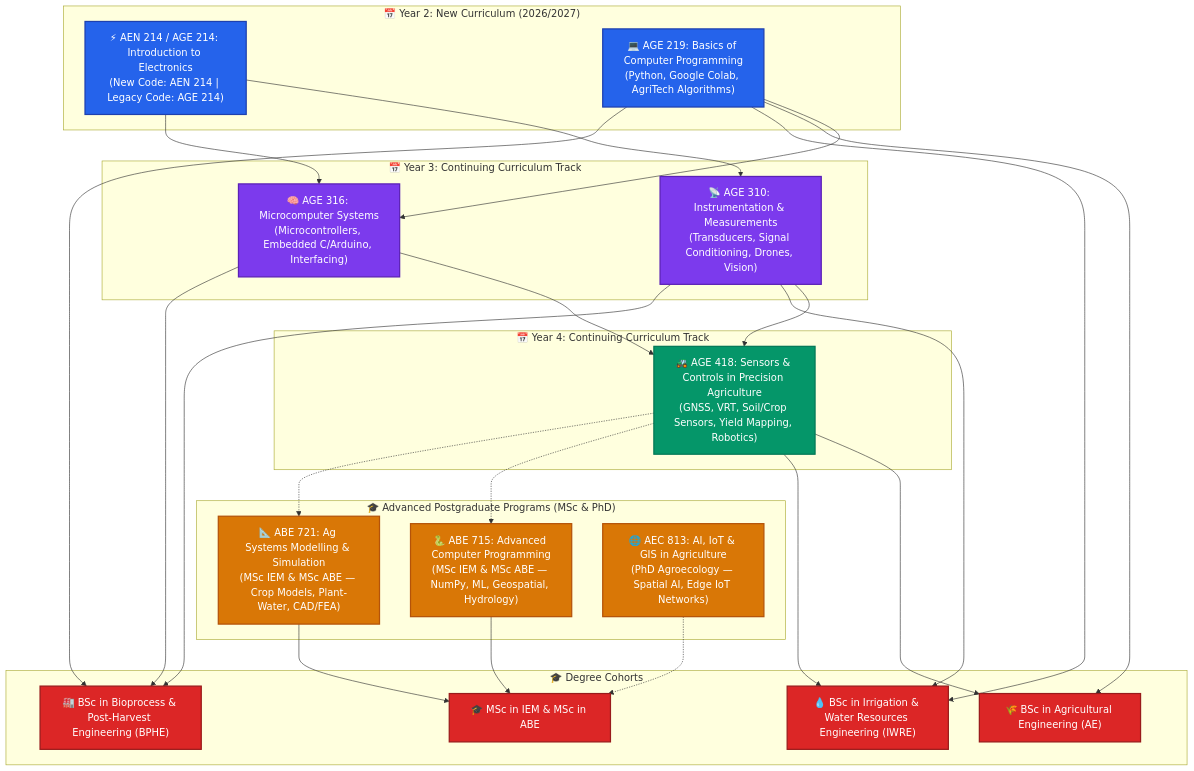
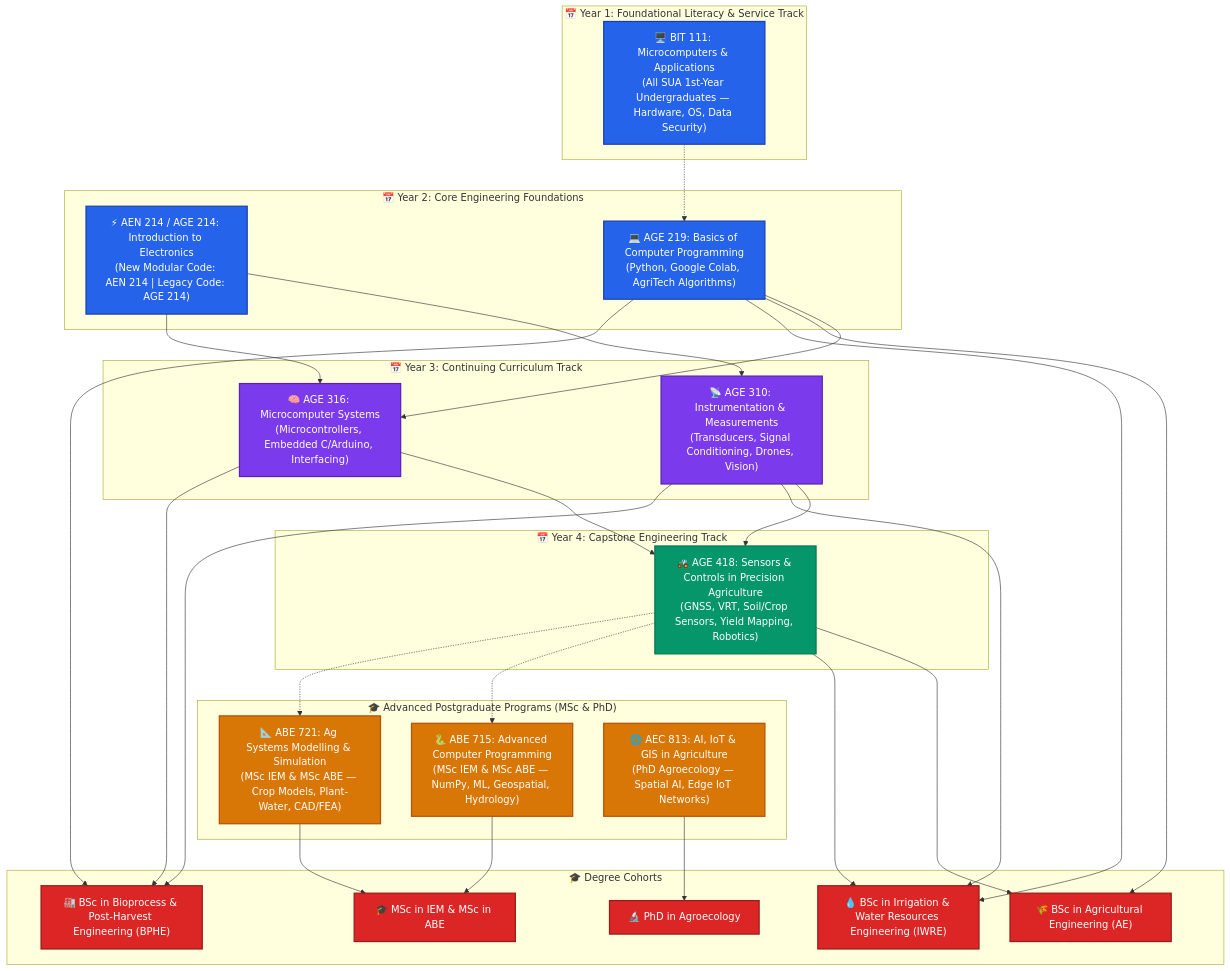
Before and after one commit to kadefue/Course_Notes: the first of 4 diagrams in README.md, drawn with Mermaid. The commit also changed other lines of this file and 1 other file, not shown here.

Commit message:
Refactor code structure for improved readability and maintainability

````diff
--- a/README.md
+++ b/README.md
@@ -40,56 +42,62 @@
 ```mermaid
 flowchart TD
     classDef foundation fill:#2563eb,stroke:#1e40af,stroke-width:2px,color:#fff;
     classDef hardware fill:#7c3aed,stroke:#5b21b6,stroke-width:2px,color:#fff;
     classDef systems fill:#059669,stroke:#047857,stroke-width:2px,color:#fff;
     classDef advanced fill:#d97706,stroke:#b45309,stroke-width:2px,color:#fff;
     classDef degrees fill:#dc2626,stroke:#991b1b,stroke-width:2px,color:#fff;
 
-    subgraph Y2 ["📅 Year 2: New Curriculum (2026/2027)"]
-        AEN214["⚡ AEN 214 / AGE 214: Introduction to Electronics\n(New Code: AEN 214 | Legacy Code: AGE 214)"]:::foundation
+    subgraph Y1 ["📅 Year 1: Foundational Literacy & Service Track"]
+        BIT111["🖥️ BIT 111: Microcomputers & Applications\n(All SUA 1st-Year Undergraduates — Hardware, OS, Data Security)"]:::foundation
+    end
+
+    subgraph Y2 ["📅 Year 2: Core Engineering Foundations"]
+        AEN214["⚡ AEN 214 / AGE 214: Introduction to Electronics\n(New Modular Code: AEN 214 | Legacy Code: AGE 214)"]:::foundation
         AGE219["💻 AGE 219: Basics of Computer Programming\n(Python, Google Colab, AgriTech Algorithms)"]:::foundation
     end
 
     subgraph Y3 ["📅 Year 3: Continuing Curriculum Track"]
         AGE310["📡 AGE 310: Instrumentation & Measurements\n(Transducers, Signal Conditioning, Drones, Vision)"]:::hardware
         AGE316["🧠 AGE 316: Microcomputer Systems\n(Microcontrollers, Embedded C/Arduino, Interfacing)"]:::hardware
     end
 
-    subgraph Y4 ["📅 Year 4: Continuing Curriculum Track"]
+    subgraph Y4 ["📅 Year 4: Capstone Engineering Track"]
         AGE418["🚜 AGE 418: Sensors & Controls in Precision Agriculture\n(GNSS, VRT, Soil/Crop Sensors, Yield Mapping, Robotics)"]:::systems
     end
 
     subgraph PG ["🎓 Advanced Postgraduate Programs (MSc & PhD)"]
         ABE715["🐍 ABE 715: Advanced Computer Programming\n(MSc IEM & MSc ABE — NumPy, ML, Geospatial, Hydrology)"]:::advanced
         ABE721["📐 ABE 721: Ag Systems Modelling & Simulation\n(MSc IEM & MSc ABE — Crop Models, Plant-Water, CAD/FEA)"]:::advanced
         AEC813["🌐 AEC 813: AI, IoT & GIS in Agriculture\n(PhD Agroecology — Spatial AI, Edge IoT Networks)"]:::advanced
     end
 
     subgraph TargetDegrees ["🎓 Degree Cohorts"]
         DEG_AE["🌾 BSc in Agricultural Engineering (AE)"]:::degrees
         DEG_IWRE["💧 BSc in Irrigation & Water Resources Engineering (IWRE)"]:::degrees
         DEG_BPHE["🏭 BSc in Bioprocess & Post-Harvest Engineering (BPHE)"]:::degrees
         DEG_MSC["🎓 MSc in IEM & MSc in ABE"]:::degrees
+        DEG_PHD["🔬 PhD in Agroecology"]:::degrees
     end
 
+    BIT111 -.-> AGE219
     AEN214 --> AGE310
     AGE219 --> AGE316
     AEN214 --> AGE316
     AGE310 --> AGE418
     AGE316 --> AGE418
 
     AGE418 --> DEG_AE
     AGE310 --> DEG_IWRE
     AGE418 --> DEG_IWRE
     AGE316 --> DEG_BPHE
     AGE310 --> DEG_BPHE
     AGE219 --> DEG_AE
     AGE219 --> DEG_IWRE
     AGE219 --> DEG_BPHE
 
     AGE418 -.-> ABE715
     AGE418 -.-> ABE721
     ABE715 --> DEG_MSC
     ABE721 --> DEG_MSC
-    AEC813 -.-> DEG_MSC
+    AEC813 --> DEG_PHD
 ```
````
